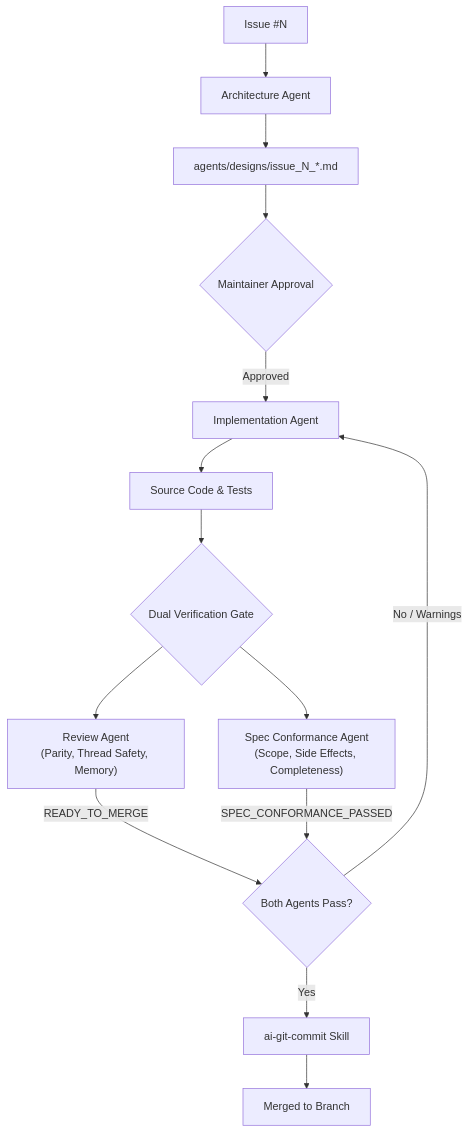
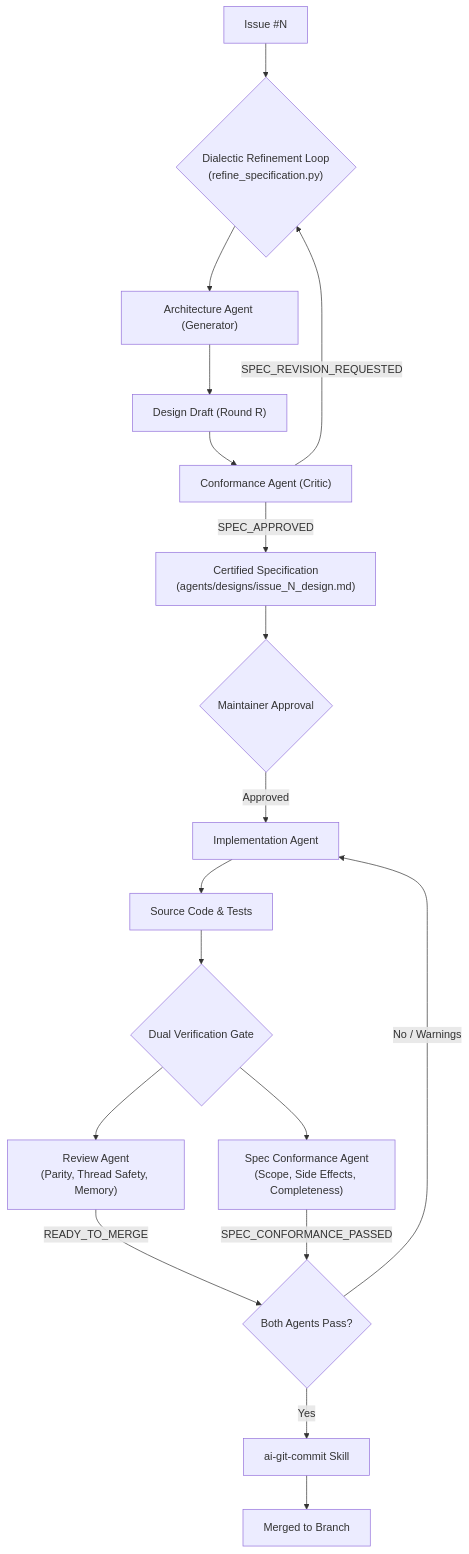
The diagram in AGENTS.md (KingAlejandro/MotionCorr-standalone), drawn with Mermaid before and after one commit. The commit also changed other lines of this file and 11 other files, not shown here.

First line of the commit message:
feat(agents): add dialectic specification refinement loop and pre-implementation spec review

````diff
--- a/AGENTS.md
+++ b/AGENTS.md
@@ -41,16 +41,20 @@
 ```mermaid
 flowchart TD
-    Issue["Issue #N"] --> Arch["Architecture Agent"]
-    Arch --> Spec["agents/designs/issue_N_*.md"]
+    Issue["Issue #N"] --> Loop{"Dialectic Refinement Loop<br/>(refine_specification.py)"}
+    Loop --> Arch["Architecture Agent (Generator)"]
+    Arch --> Draft["Design Draft (Round R)"]
+    Draft --> Conf["Conformance Agent (Critic)"]
+    Conf -->|SPEC_REVISION_REQUESTED| Loop
+    Conf -->|SPEC_APPROVED| Spec["Certified Specification<br/>(agents/designs/issue_N_design.md)"]
     Spec --> User{"Maintainer Approval"}
     User -->|Approved| Impl["Implementation Agent"]
     Impl --> Code["Source Code & Tests"]
     Code --> DualAudit{"Dual Verification Gate"}
     DualAudit --> Rev["Review Agent<br/>(Parity, Thread Safety, Memory)"]
     DualAudit --> SpecAgent["Spec Conformance Agent<br/>(Scope, Side Effects, Completeness)"]
     Rev -->|READY_TO_MERGE| GateCheck{"Both Agents Pass?"}
     SpecAgent -->|SPEC_CONFORMANCE_PASSED| GateCheck
     GateCheck -->|Yes| Commit["ai-git-commit Skill"]
     GateCheck -->|No / Warnings| Impl
     Commit --> Merged["Merged to Branch"]
 ```
````
